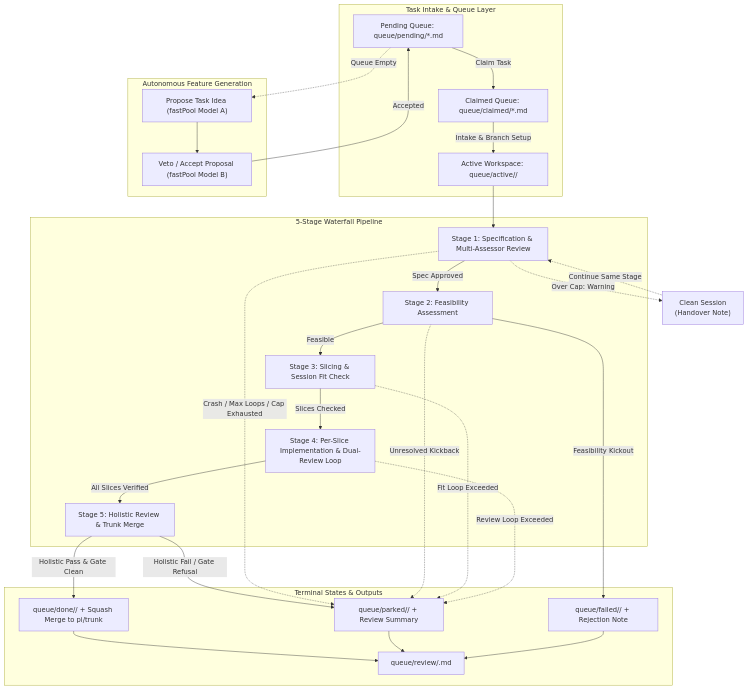
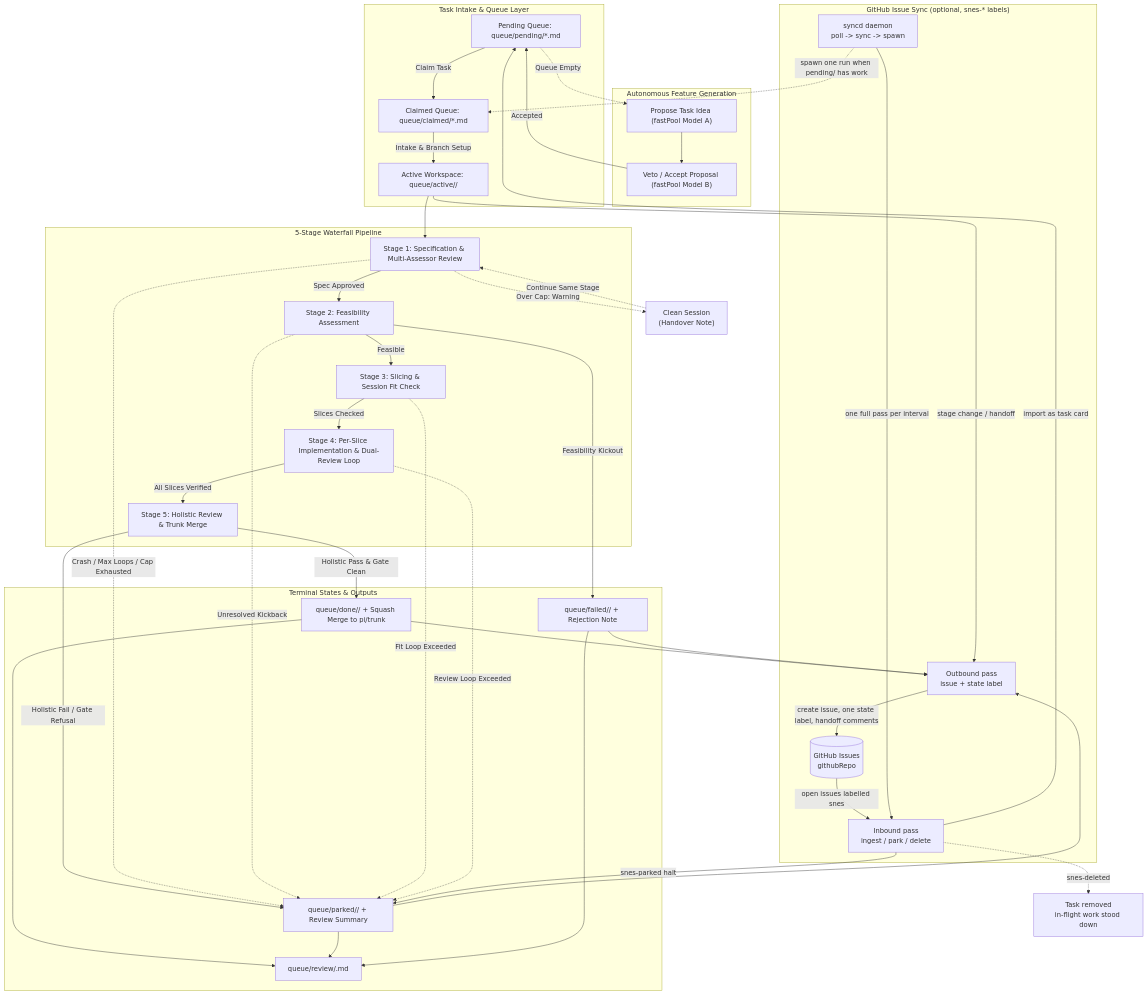
One commit to cl-em-fandango/supernintendo-chaLLMers changed the first of 7 diagrams in README.md. Above: the diagram before and after it, drawn with Mermaid. The commit also changed other lines of this file and 2 other files, not shown here.

````diff
--- a/README.md
+++ b/README.md
@@ -22,56 +34,75 @@
 ```mermaid
 flowchart TD
     subgraph TaskSources["Task Intake & Queue Layer"]
         P[Pending Queue: queue/pending/*.md]
         C[Claimed Queue: queue/claimed/*.md]
         A[Active Workspace: queue/active/<task_id>/]
     end
 
     subgraph Pipeline["5-Stage Waterfall Pipeline"]
         S1["Stage 1: Specification & Multi-Assessor Review"]
         S2["Stage 2: Feasibility Assessment"]
         S3["Stage 3: Slicing & Session Fit Check"]
         S4["Stage 4: Per-Slice Implementation & Dual-Review Loop"]
         S5["Stage 5: Holistic Review & Trunk Merge"]
     end
 
     subgraph TerminalStates["Terminal States & Outputs"]
         Done[queue/done/<task_id>/ + Squash Merge to pi/trunk]
         Parked[queue/parked/<task_id>/ + Review Summary]
         Failed[queue/failed/<task_id>/ + Rejection Note]
         Review[queue/review/<task_id>.md]
     end
 
     subgraph AutonomousMode["Autonomous Feature Generation"]
         AutoProp["Propose Task Idea (fastPool Model A)"]
         AutoVeto["Veto / Accept Proposal (fastPool Model B)"]
+    end
+
+    subgraph GitHubSync["GitHub Issue Sync (optional, snes-* labels)"]
+        GH[("GitHub Issues\ngithubRepo")]
+        Inb["Inbound pass\ningest / park / delete"]
+        Outb["Outbound pass\nissue + state label"]
+        Daemon["syncd daemon\npoll -> sync -> spawn"]
     end
 
     P -->|Claim Task| C
     C -->|Intake & Branch Setup| A
     A --> S1
     S1 -->|Spec Approved| S2
     S2 -->|Feasible| S3
     S2 -->|Feasibility Kickout| Failed
     S3 -->|Slices Checked| S4
     S4 -->|All Slices Verified| S5
     S5 -->|Holistic Pass & Gate Clean| Done
     S5 -->|Holistic Fail / Gate Refusal| Parked
 
     Handover["Clean Session\n(Handover Note)"]
 
     S1 -.->|Over Cap: Warning| Handover
     Handover -.->|Continue Same Stage| S1
     S1 -.->|Crash / Max Loops / Cap Exhausted| Parked
     S2 -.->|Unresolved Kickback| Parked
     S3 -.->|Fit Loop Exceeded| Parked
     S4 -.->|Review Loop Exceeded| Parked
 
     Done --> Review
     Parked --> Review
     Failed --> Review
 
     P -.->|Queue Empty| AutoProp
     AutoProp --> AutoVeto
     AutoVeto -->|Accepted| P
+
+    GH -->|"open issues labelled snes"| Inb
+    Inb -->|"import as task card"| P
+    Inb -->|"snes-parked halt"| Parked
+    Inb -.->|"snes-deleted"| Gone["Task removed\nin-flight work stood down"]
+    A -->|"stage change / handoff"| Outb
+    Done --> Outb
+    Parked --> Outb
+    Failed --> Outb
+    Outb -->|"create issue, one state label, handoff comments"| GH
+    Daemon -->|"one full pass per interval"| Inb
+    Daemon -.->|"spawn one run when pending/ has work"| C
 ```
````
